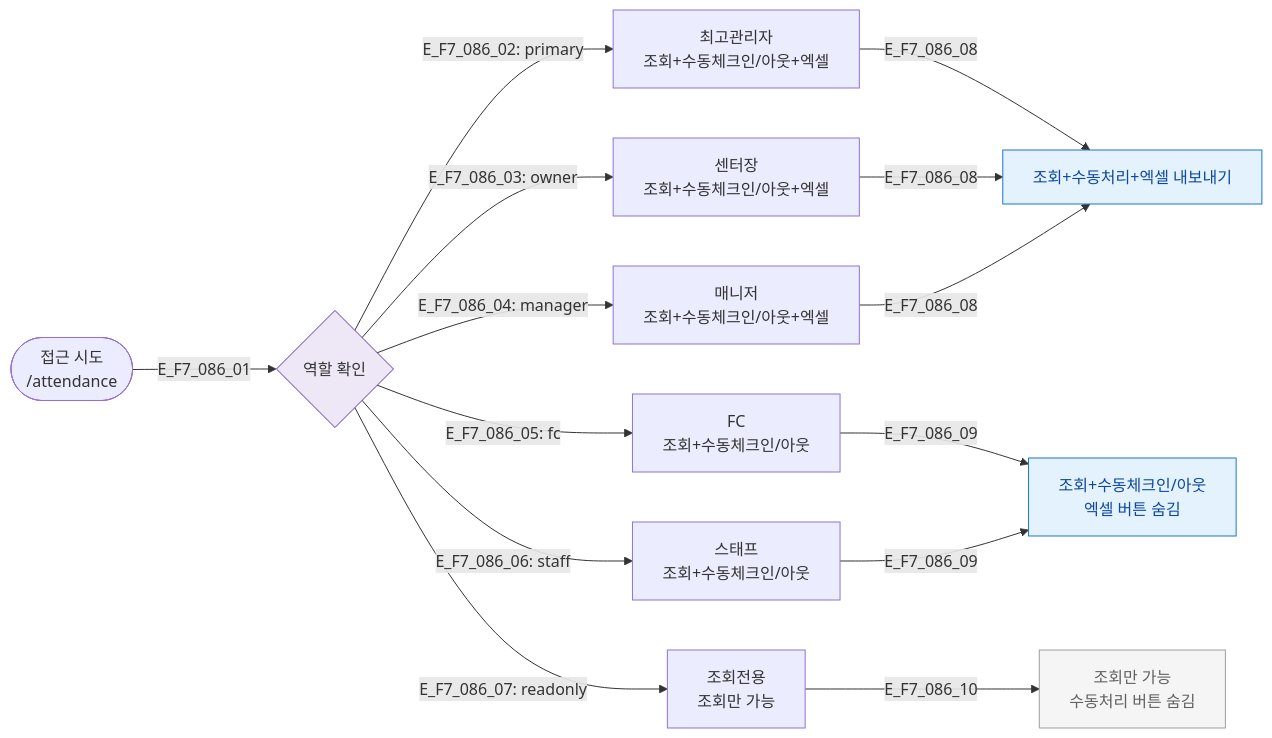
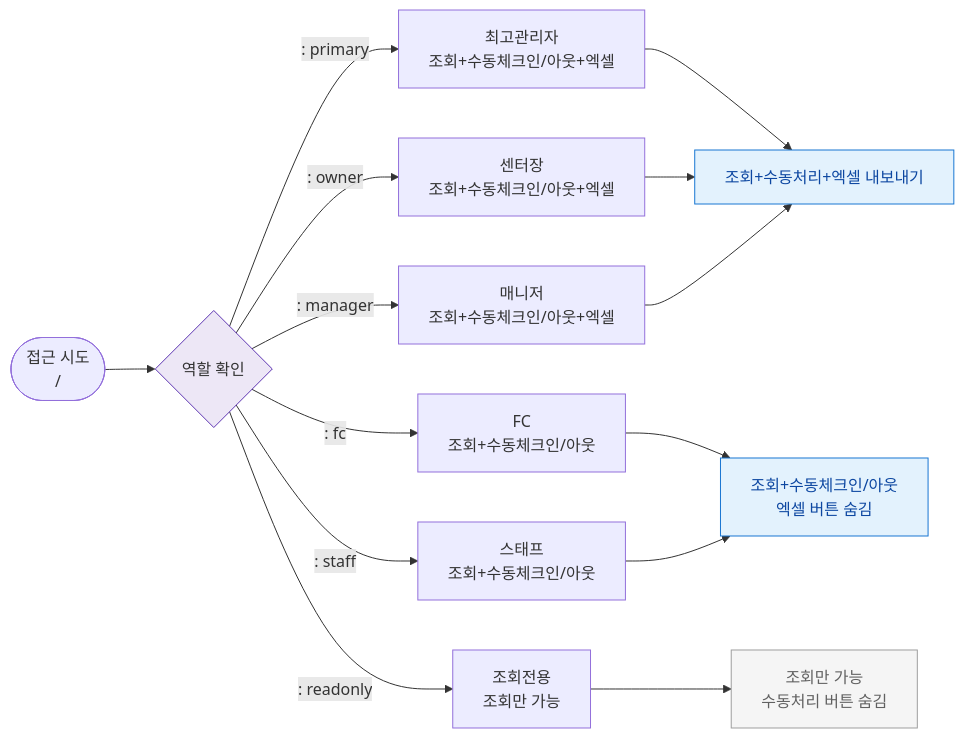
The diagram in docs/다이어그램/D09_설정관리/SCR-086_출석관리_회원/F7_권한RBAC.md (dev-spogym/admin-pando), drawn with Mermaid before and after one commit. The commit also changed other lines of this file and 1660 other files, not shown here.

First line of the commit message:
다이어그램: 기획자/클라이언트 납품본으로 정리

````diff
--- a/docs/다이어그램/D09_설정관리/SCR-086_출석관리_회원/F7_권한RBAC.md
+++ b/docs/다이어그램/D09_설정관리/SCR-086_출석관리_회원/F7_권한RBAC.md
@@ -14,23 +12,23 @@
 ```mermaid
 flowchart LR
-    User([접근 시도\n/attendance])
-    User -->|E_F7_086_01| RoleCheck{역할 확인}
+    User([접근 시도\n/])
+    User --> RoleCheck{역할 확인}
 
-    RoleCheck -->|"E_F7_086_02: primary"| P[최고관리자\n조회+수동체크인/아웃+엑셀]
-    RoleCheck -->|"E_F7_086_03: owner"| O[센터장\n조회+수동체크인/아웃+엑셀]
-    RoleCheck -->|"E_F7_086_04: manager"| M[매니저\n조회+수동체크인/아웃+엑셀]
-    RoleCheck -->|"E_F7_086_05: fc"| FC[FC\n조회+수동체크인/아웃]
-    RoleCheck -->|"E_F7_086_06: staff"| S[스태프\n조회+수동체크인/아웃]
-    RoleCheck -->|"E_F7_086_07: readonly"| RO[조회전용\n조회만 가능]
+    RoleCheck -->|": primary"|P[최고관리자\n조회+수동체크인/아웃+엑셀]
+    RoleCheck -->|": owner"|O[센터장\n조회+수동체크인/아웃+엑셀]
+    RoleCheck -->|": manager"|M[매니저\n조회+수동체크인/아웃+엑셀]
+    RoleCheck -->|": fc"|FC[FC\n조회+수동체크인/아웃]
+    RoleCheck -->|": staff"|S[스태프\n조회+수동체크인/아웃]
+    RoleCheck -->|": readonly"|RO[조회전용\n조회만 가능]
 
-    P & O & M -->|E_F7_086_08| FullAccess[조회+수동처리+엑셀 내보내기]
-    FC & S -->|E_F7_086_09| OperAccess[조회+수동체크인/아웃\n엑셀 버튼 숨김]
-    RO -->|E_F7_086_10| ReadAccess[조회만 가능\n수동처리 버튼 숨김]
+    P & O & M --> FullAccess[조회+수동처리+엑셀 내보내기]
+    FC & S --> OperAccess[조회+수동체크인/아웃\n엑셀 버튼 숨김]
+    RO --> ReadAccess[조회만 가능\n수동처리 버튼 숨김]
 
     classDef screen fill:#E3F2FD,stroke:#1976D2,color:#0D47A1
     classDef rbacBlocked fill:#F5F5F5,stroke:#9E9E9E,color:#616161
     classDef system fill:#EDE7F6,stroke:#5E35B2
     class FullAccess,OperAccess screen
     class ReadAccess rbacBlocked
     class RoleCheck system
 ```
````
